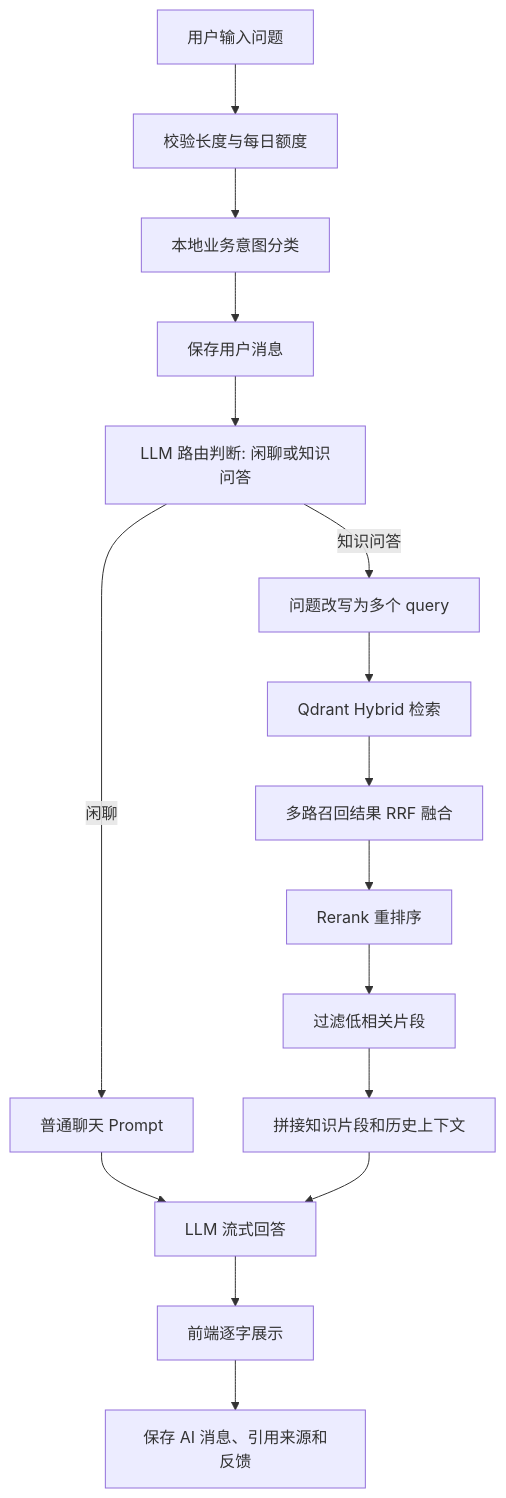
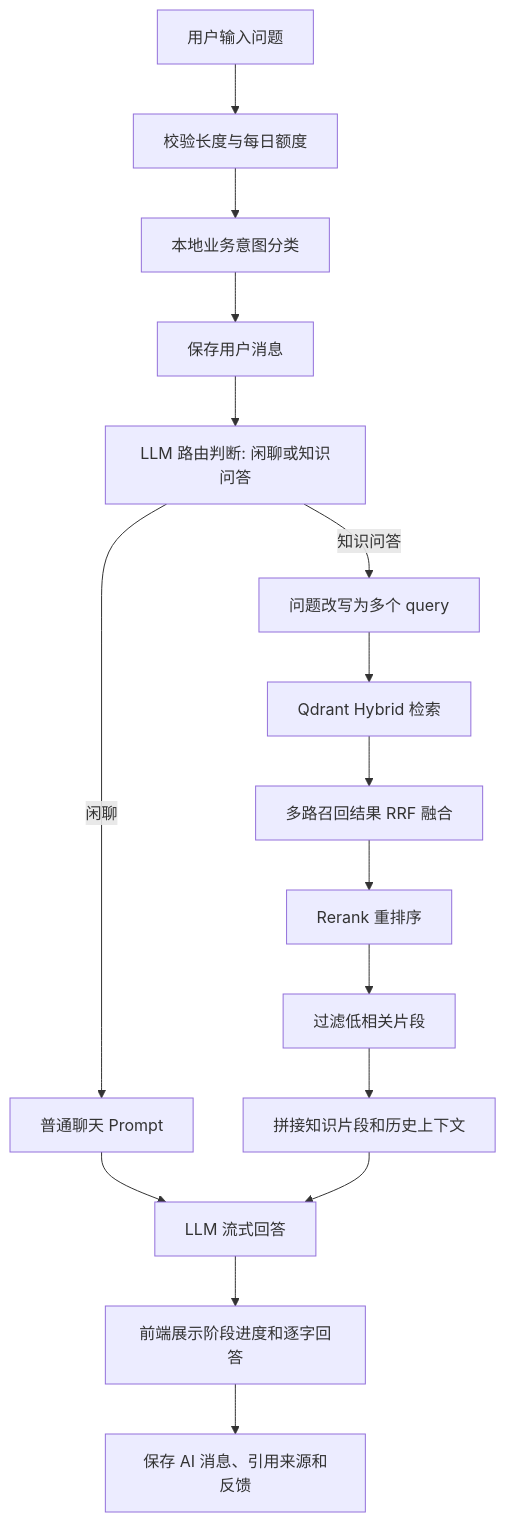
One commit to Itachi852/aegisdesk-ai changed the diagram in 项目说明.md. Above: the diagram before and after it, drawn with Mermaid. The commit also changed other lines of this file and 24 other files, not shown here.

````diff
--- a/项目说明.md
+++ b/项目说明.md
@@ -29,18 +29,18 @@
 ```mermaid
 flowchart TD
     A["用户输入问题"] --> B["校验长度与每日额度"]
     B --> C["本地业务意图分类"]
     C --> D["保存用户消息"]
     D --> E["LLM 路由判断: 闲聊或知识问答"]
     E -->|闲聊| F["普通聊天 Prompt"]
     E -->|知识问答| G["问题改写为多个 query"]
     G --> H["Qdrant Hybrid 检索"]
     H --> I["多路召回结果 RRF 融合"]
     I --> J["Rerank 重排序"]
     J --> K["过滤低相关片段"]
     K --> L["拼接知识片段和历史上下文"]
     F --> M["LLM 流式回答"]
     L --> M
-    M --> N["前端逐字展示"]
+    M --> N["前端展示阶段进度和逐字回答"]
     N --> O["保存 AI 消息、引用来源和反馈"]
 ```
````
